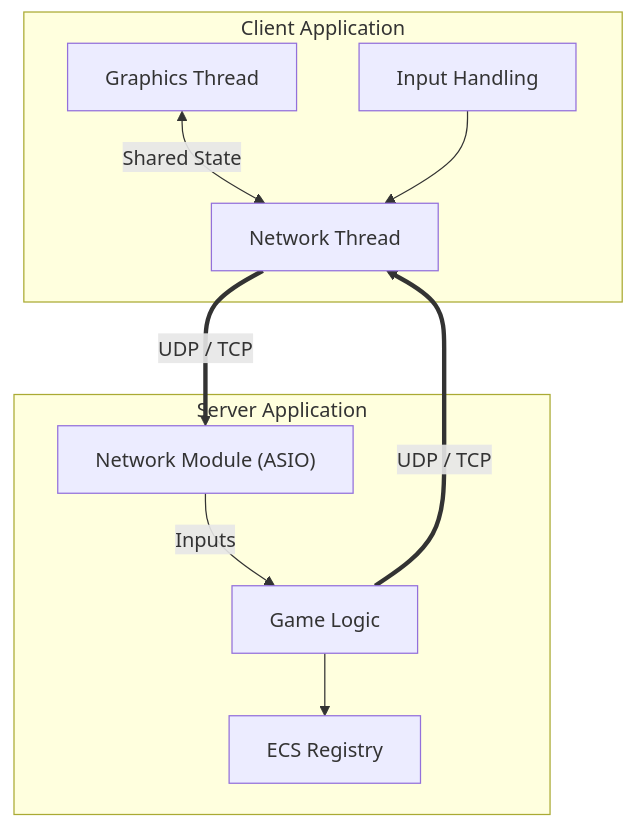
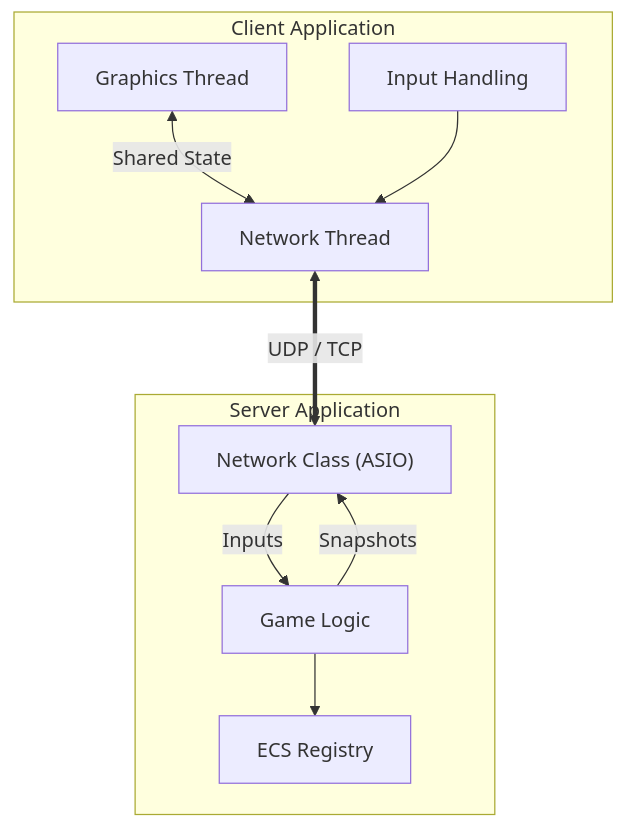
One commit to MatthieuGA/R_TYPE_J.A.M.E.S. changed the first of 4 diagrams in docs/docs/architecture.md. Above: the diagram before and after it, drawn with Mermaid.

Commit message:
📝 [Architecture] Updates architecture diagram
#17

````diff
--- a/docs/docs/architecture.md
+++ b/docs/docs/architecture.md
@@ -21,23 +21,23 @@
 ```mermaid
 graph TD
     subgraph Client ["Client Application"]
         C_Net[Network Thread]
         C_Render[Graphics Thread]
         C_Input[Input Handling]
 
         C_Render <-->|Shared State| C_Net
         C_Input --> C_Net
     end
 
     subgraph Server ["Server Application"]
-        S_Net["Network Module (ASIO)"]
+        S_Net["Network Class (ASIO)"]
         S_Logic[Game Logic]
         S_ECS[ECS Registry]
 
         S_Net -->|Inputs| S_Logic
+        S_Logic -->|Snapshots| S_Net
         S_Logic --> S_ECS
     end
 
-    C_Net ==>|UDP / TCP| S_Net
-    S_Logic ==>|UDP / TCP| C_Net
+    C_Net <==>|UDP / TCP| S_Net
 ```
````
